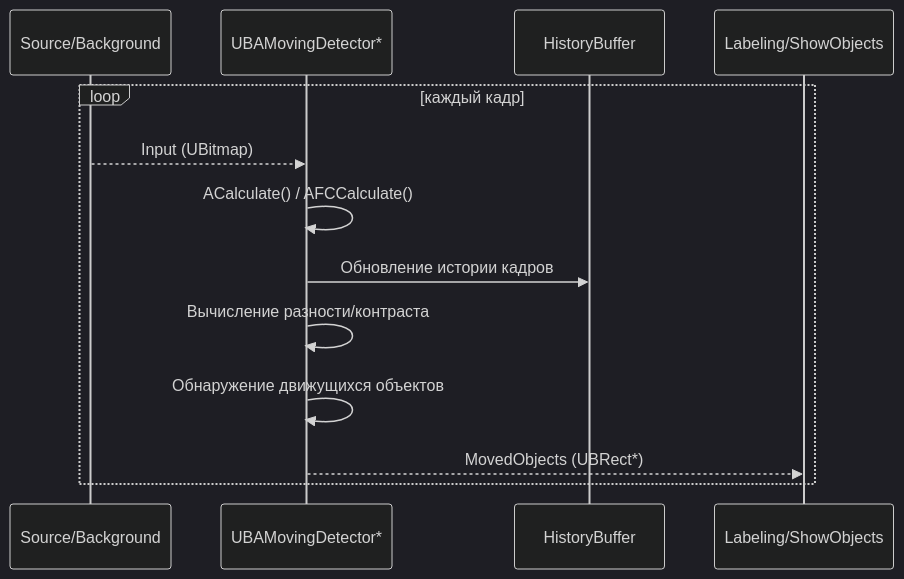
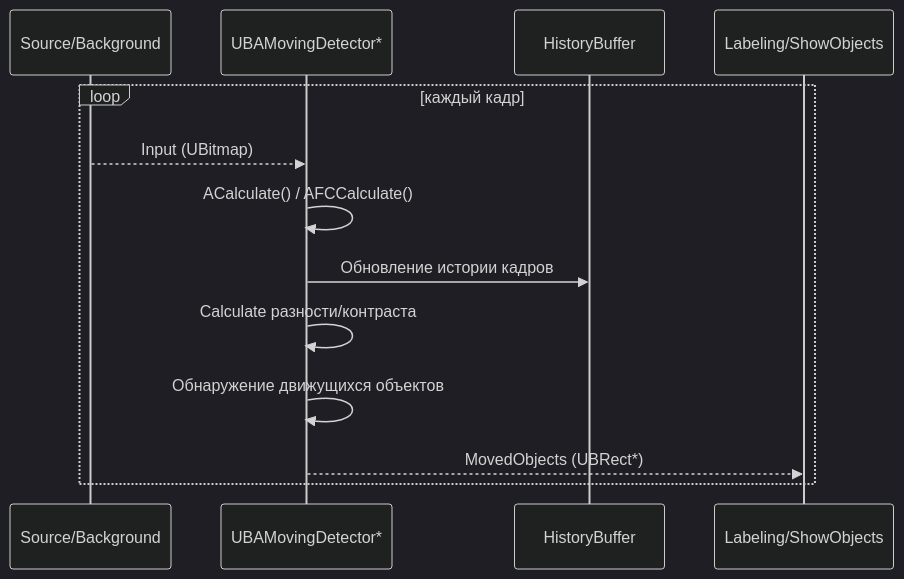
Before and after one commit to aicommunity/Rdk-CvBasicLib: the second of 5 diagrams in Docs/Components/MovingDetectors.md, drawn with Mermaid (dark theme). The commit also changed other lines of this file and 16 other files, not shown here.

First line of the commit message:
docs(cvbasic): complete bilingual EN quality: mermaid sync, full translations, zero cyrillic in EN

````diff
--- a/Docs/Components/MovingDetectors.md
+++ b/Docs/Components/MovingDetectors.md
@@ -107,16 +109,16 @@
 ```mermaid
 sequenceDiagram
     participant Src as Source/Background
     participant Det as UBAMovingDetector*
     participant Hist as HistoryBuffer
     participant Next as Labeling/ShowObjects
 
     loop каждый кадр
         Src-->>Det: Input (UBitmap)
         Det->>Det: ACalculate() / AFCCalculate()
         Det->>Hist: Обновление истории кадров
-        Det->>Det: Вычисление разности/контраста
+        Det->>Det: Calculate разности/контраста
         Det->>Det: Обнаружение движущихся объектов
         Det-->>Next: MovedObjects (UBRect*)
     end
 ```
````
